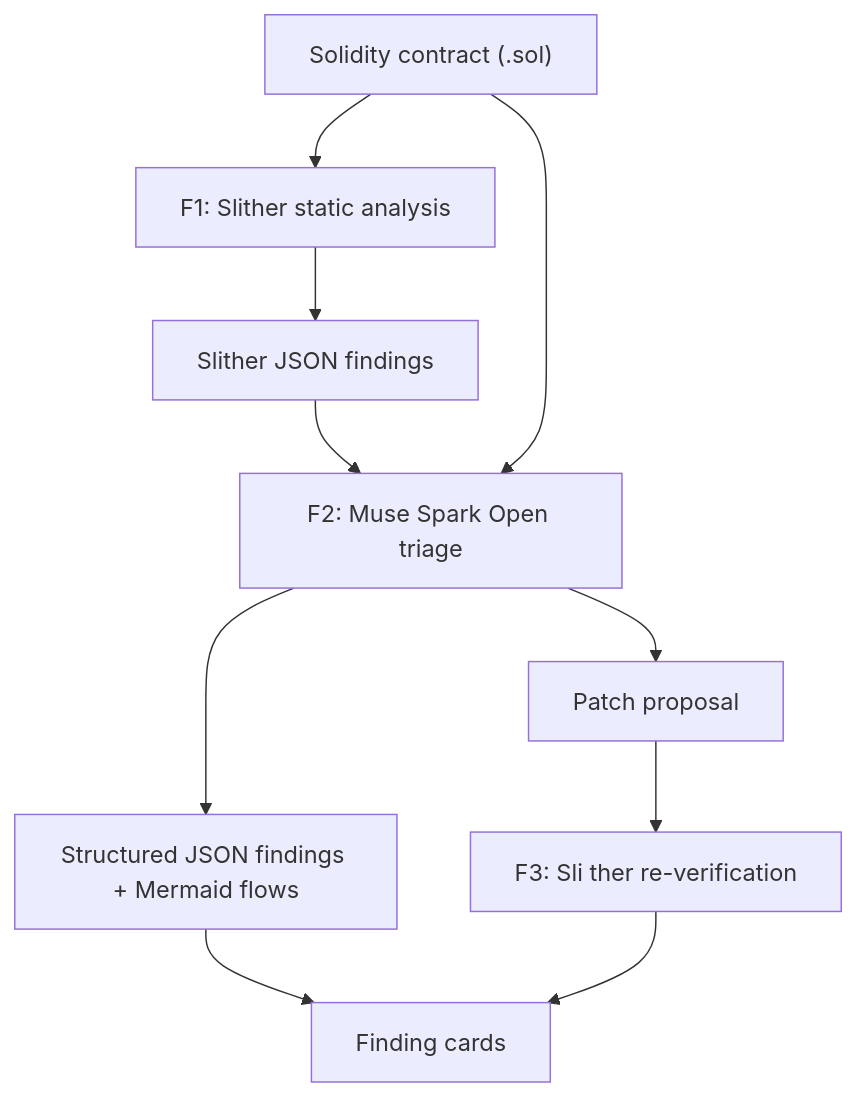
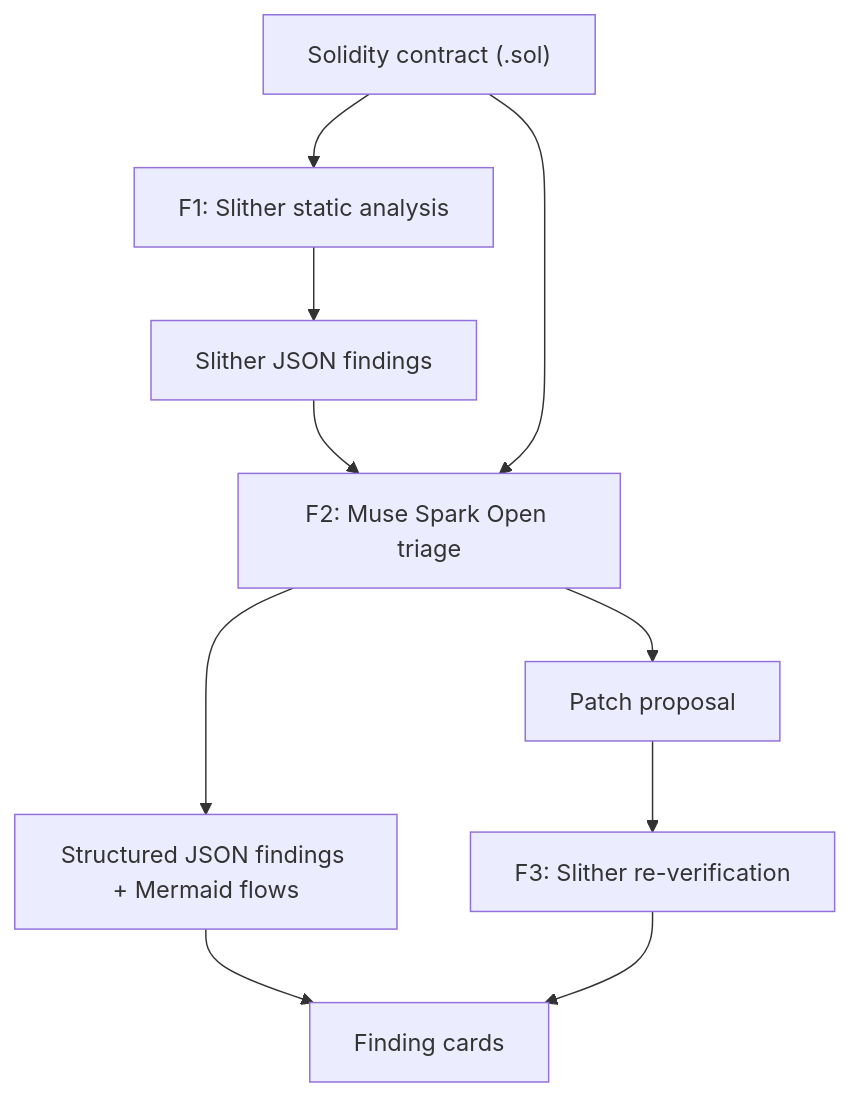
One commit to chokri29/SentryVision changed the diagram in README.md. Above: the diagram before and after it, drawn with Mermaid. The commit also changed other lines of this file, not shown here.

Commit message:
fix: remove remaining Sli ther typos in README

````diff
--- a/README.md
+++ b/README.md
@@ -48,12 +48,12 @@
 ```mermaid
 flowchart TD
     A["Solidity contract (.sol)"] --> B["F1: Slither static analysis"]
     B --> C["Slither JSON findings"]
     C --> D["F2: Muse Spark Open triage"]
     A --> D
     D --> E["Structured JSON findings + Mermaid flows"]
     E --> G["Finding cards"]
     D --> H["Patch proposal"]
-    H --> I["F3: Sli ther re-verification"]
+    H --> I["F3: Slither re-verification"]
     I --> G
 ```
````
